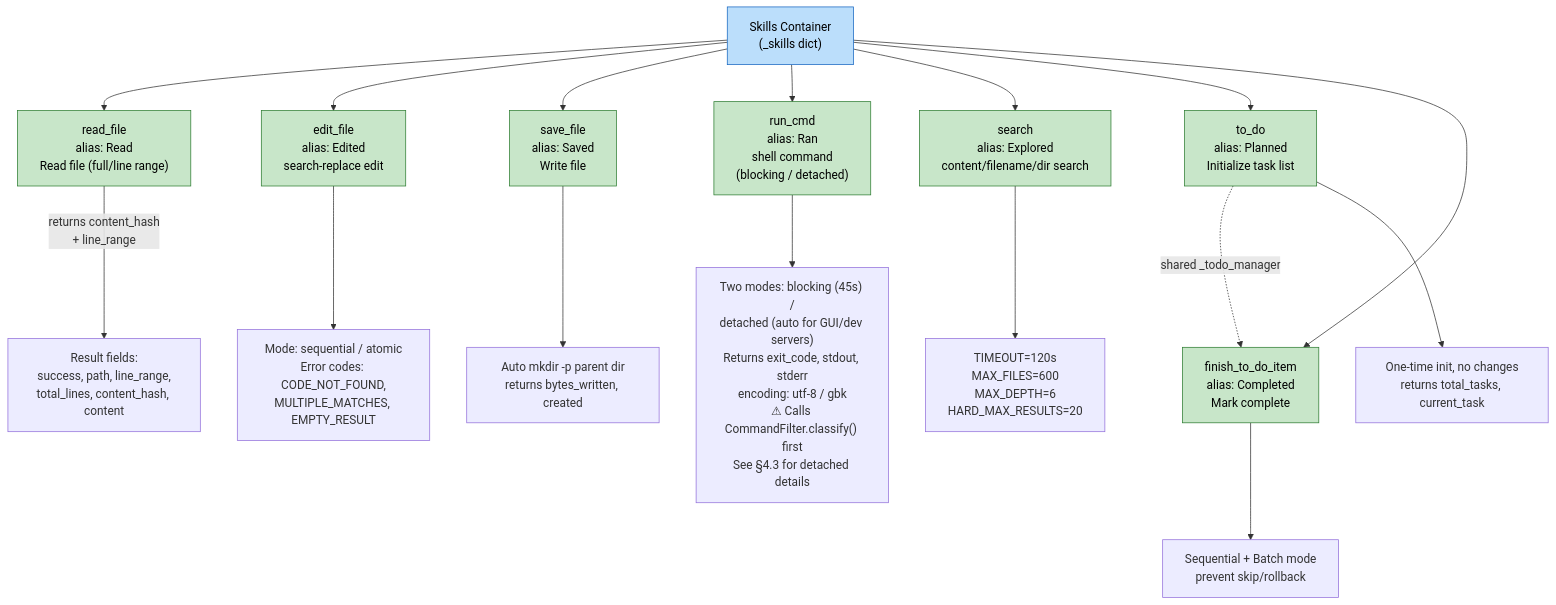
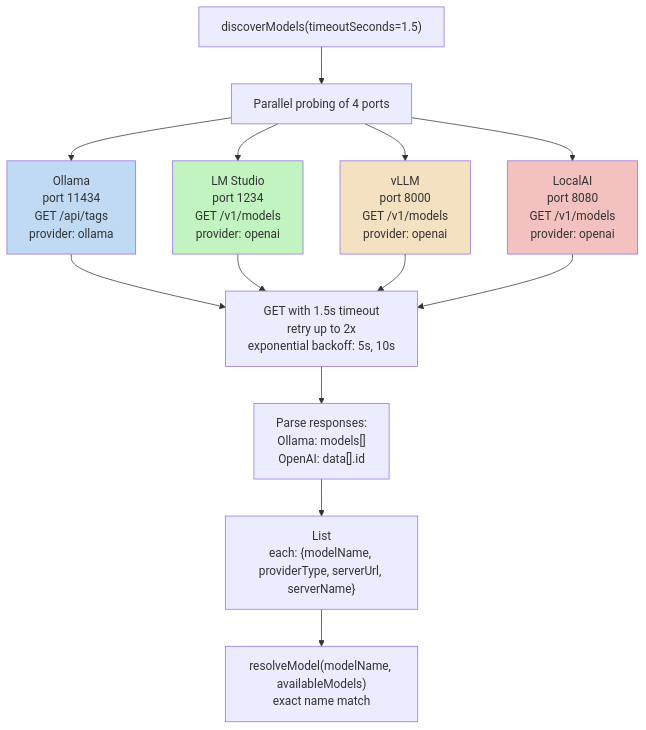
The tenth of 27 diagrams in docs/ARCHITECTURE.md (lg841226/Gradum), drawn with Mermaid before and after one commit. The commit also changed other lines of this file and 4 other files, not shown here.

````diff
--- a/docs/ARCHITECTURE.md
+++ b/docs/ARCHITECTURE.md
@@ -520,26 +637,24 @@
 ```mermaid
-graph TB
-    Skills["Skills Container<br/>(_skills dict)"]:::core
+flowchart TB
+    START["discoverModels(timeoutSeconds=1.5)"] --> PARALLEL[Parallel probing of 4 ports]
 
-    Skills --> S1["read_file<br/>alias: Read<br/>Read file (full/line range)"]:::skill
-    Skills --> S2["edit_file<br/>alias: Edited<br/>search-replace edit"]:::skill
-    Skills --> S3["save_file<br/>alias: Saved<br/>Write file"]:::skill
-    Skills --> S4["run_cmd<br/>alias: Ran<br/>shell command<br/>(blocking / detached)"]:::skill
-    Skills --> S5["search<br/>alias: Explored<br/>content/filename/dir search"]:::skill
-    Skills --> S6["to_do<br/>alias: Planned<br/>Initialize task list"]:::skill
-    Skills --> S7["finish_to_do_item<br/>alias: Completed<br/>Mark complete"]:::skill
+    PARALLEL --> P1[Ollama<br/>port 11434<br/>GET /api/tags<br/>provider: ollama]
+    PARALLEL --> P2[LM Studio<br/>port 1234<br/>GET /v1/models<br/>provider: openai]
+    PARALLEL --> P3[vLLM<br/>port 8000<br/>GET /v1/models<br/>provider: openai]
+    PARALLEL --> P4[LocalAI<br/>port 8080<br/>GET /v1/models<br/>provider: openai]
 
-    S6 -.->|"shared _todo_manager"| S7
+    P1 --> R1[GET with 1.5s timeout<br/>retry up to 2x<br/>exponential backoff: 5s, 10s]
+    P2 --> R1
+    P3 --> R1
+    P4 --> R1
 
-    S1 -->|"returns content_hash<br/>+ line_range"| S1Note["Result fields:<br/>success, path, line_range,<br/>total_lines, content_hash, content"]
-    S2 --> S2Note["Mode: sequential / atomic<br/>Error codes: CODE_NOT_FOUND,<br/>MULTIPLE_MATCHES, EMPTY_RESULT"]
-    S3 --> S3Note["Auto mkdir -p parent dir<br/>returns bytes_written, created"]
-    S4 --> S4Note["Two modes: blocking (45s) /<br/>detached (auto for GUI/dev servers)<br/>Returns exit_code, stdout, stderr<br/>encoding: utf-8 / gbk<br/>⚠ Calls CommandFilter.classify() first<br/>See §4.3 for detached details"]
-    S5 --> S5Note["TIMEOUT=120s<br/>MAX_FILES=600<br/>MAX_DEPTH=6<br/>HARD_MAX_RESULTS=20"]
-    S6 --> S6Note["One-time init, no changes<br/>returns total_tasks, current_task"]
-    S7 --> S7Note["Sequential + Batch mode<br/>prevent skip/rollback"]
+    R1 --> PARSE["Parse responses:<br/>Ollama: models[]<br/>OpenAI: data[].id"]
+    PARSE --> RESULT["List<ModelEntry><br/>each: {modelName, providerType, serverUrl, serverName}"]
 
-    classDef core fill:#bbdefb,stroke:#1565c0,color:#000
-    classDef skill fill:#c8e6c9,stroke:#2e7d32,color:#000
-    classDef note fill:#fff8e1,stroke:#ff8f00,color:#000
+    RESULT --> RESOLVE["resolveModel(modelName, availableModels)<br/>exact name match"]
+
+    style P1 fill:#c1daf4
+    style P2 fill:#c1f4c1
+    style P3 fill:#f4e1c1
+    style P4 fill:#f4c1c1
 ```
````
